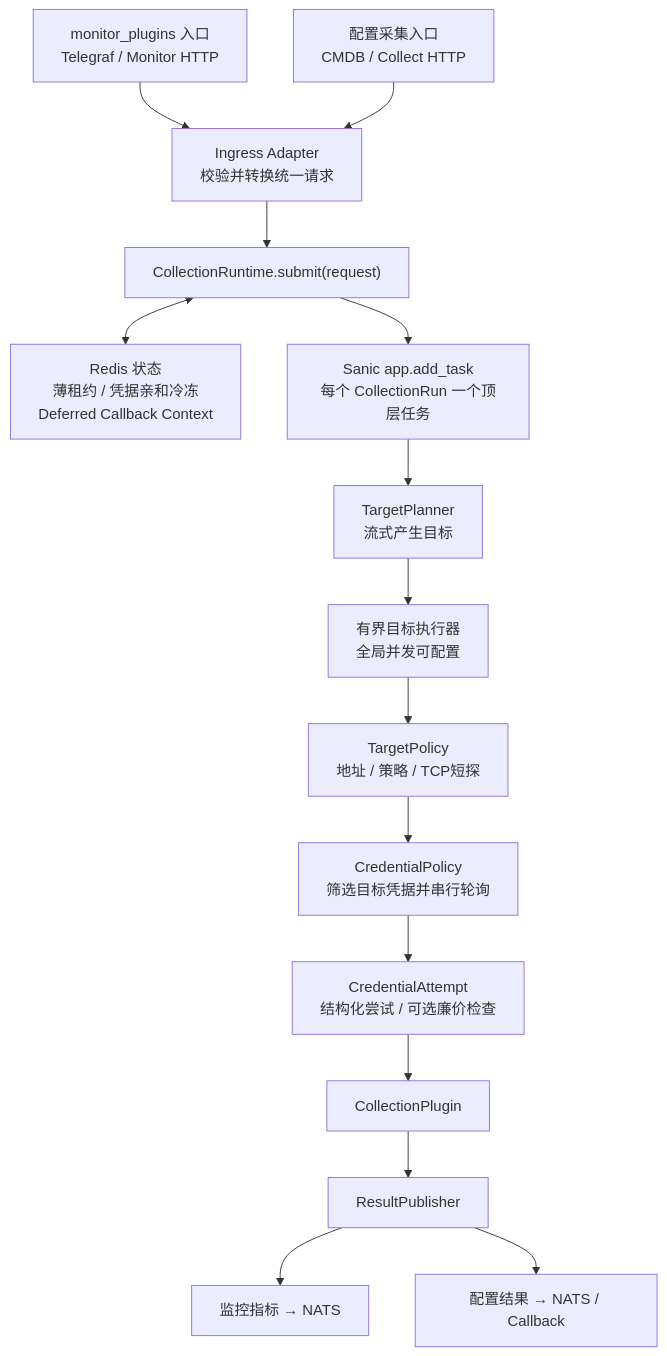
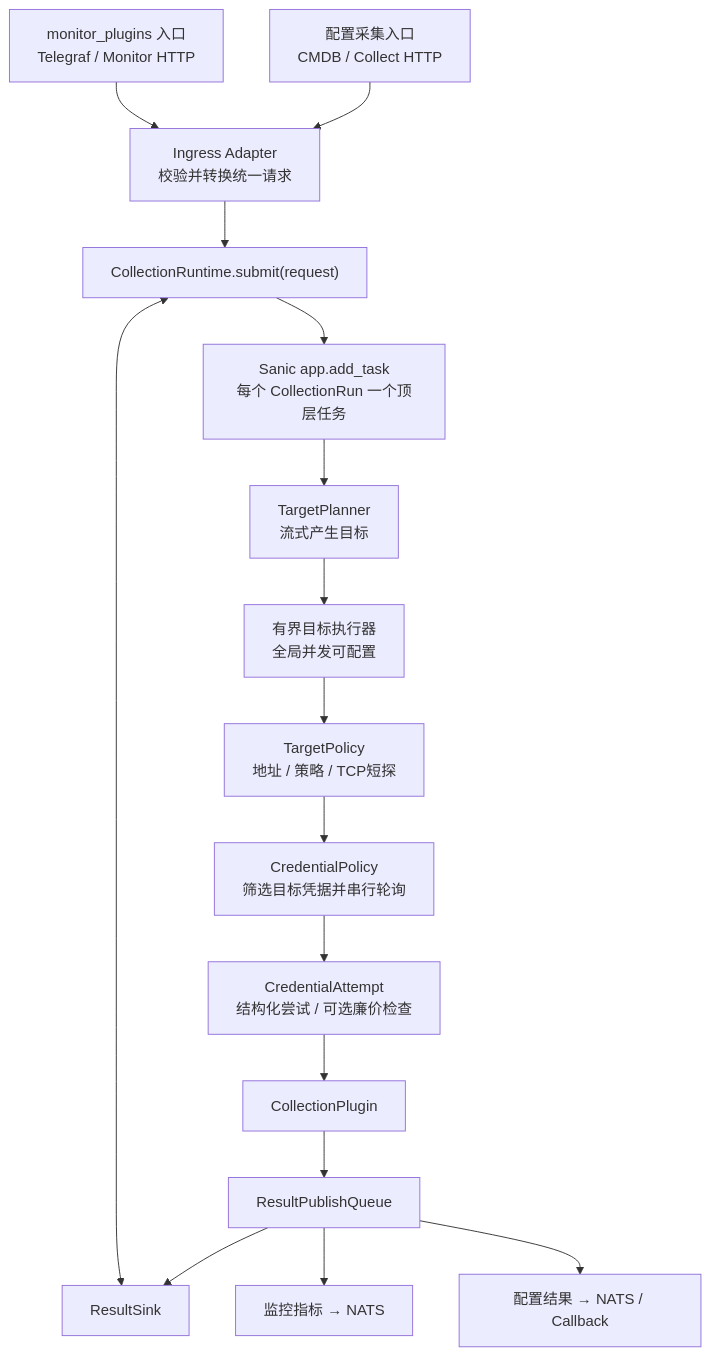
The first of 3 diagrams in specs/changes/stargazer-stateless-async-collection/spec.md (TencentBlueKing/bk-lite), drawn with Mermaid before and after one commit. The commit also changed other lines of this file and 56 other files, not shown here.

````diff
--- a/specs/changes/stargazer-stateless-async-collection/spec.md
+++ b/specs/changes/stargazer-stateless-async-collection/spec.md
@@ -107,22 +107,23 @@
 ```mermaid
 flowchart TB
     MC["monitor_plugins 入口<br/>Telegraf / Monitor HTTP"]
     CC["配置采集入口<br/>CMDB / Collect HTTP"]
 
     MC --> IA["Ingress Adapter<br/>校验并转换统一请求"]
     CC --> IA
 
     IA --> CR["CollectionRuntime.submit(request)"]
     CR <--> RS["Redis 状态<br/>薄租约 / 凭据亲和冷冻<br/>Deferred Callback Context"]
 
     CR --> BT["Sanic app.add_task<br/>每个 CollectionRun 一个顶层任务"]
     BT --> TP["TargetPlanner<br/>流式产生目标"]
     TP --> BE["有界目标执行器<br/>全局并发可配置"]
     BE --> PF["TargetPolicy<br/>地址 / 策略 / TCP短探"]
     PF --> CP["CredentialPolicy<br/>筛选目标凭据并串行轮询"]
     CP --> AP["CredentialAttempt<br/>结构化尝试 / 可选廉价检查"]
     AP --> PR["CollectionPlugin"]
-    PR --> RP["ResultPublisher"]
+    PR --> RP["ResultPublishQueue"]
+    RP --> RS["ResultSink"]
     RP --> MN["监控指标 → NATS"]
     RP --> CN["配置结果 → NATS / Callback"]
 ```
````
